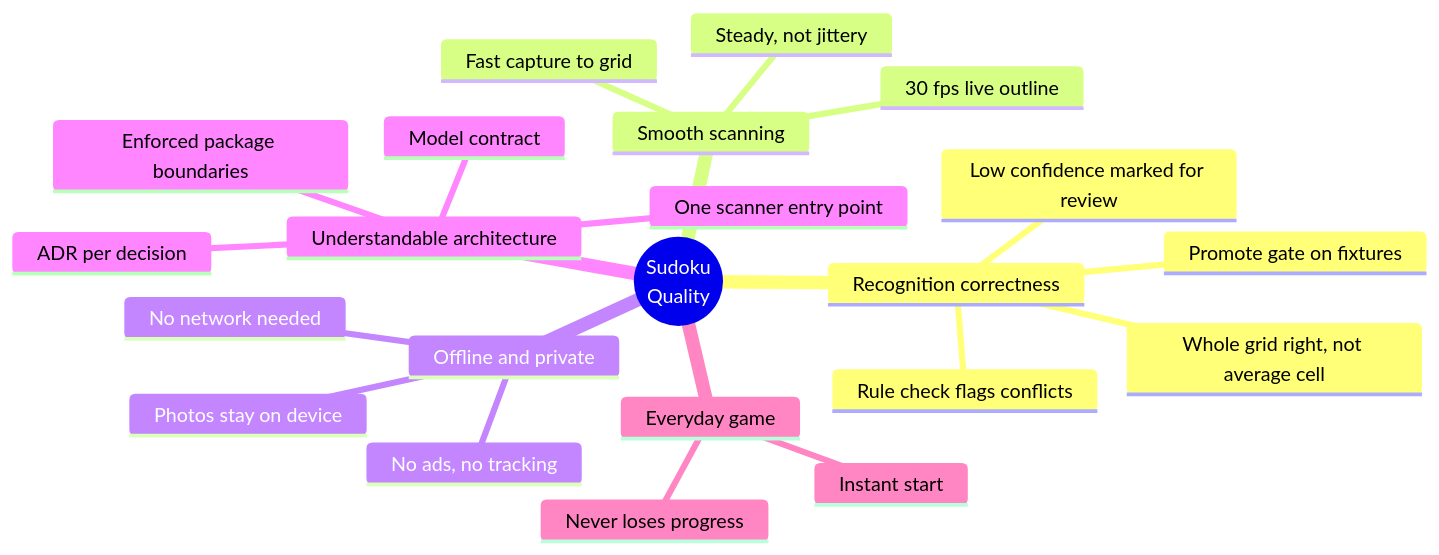
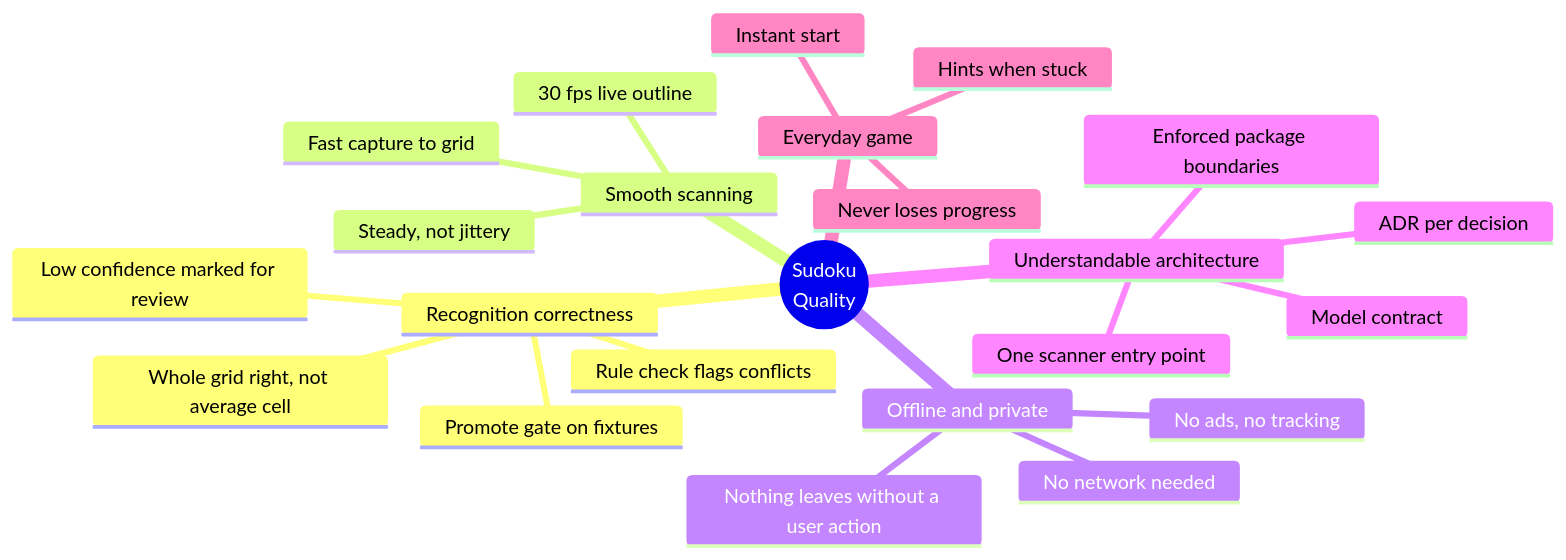
The diagram in docs/architecture/10-quality-requirements.md (vandemaelefelix/sudoku), drawn with Mermaid before and after one commit. The commit also changed other lines of this file and 24 other files, not shown here.

Commit message:
docs: apply architecture review findings, add ADR-010 to ADR-013

````diff
--- a/docs/architecture/10-quality-requirements.md
+++ b/docs/architecture/10-quality-requirements.md
@@ -9,25 +9,26 @@
 ```mermaid
 mindmap
   root((Sudoku<br>Quality))
     Recognition correctness
       Whole grid right, not average cell
       Rule check flags conflicts
       Low confidence marked for review
       Promote gate on fixtures
     Smooth scanning
       30 fps live outline
       Steady, not jittery
       Fast capture to grid
     Offline and private
       No network needed
-      Photos stay on device
+      Nothing leaves without a user action
       No ads, no tracking
     Understandable architecture
       Enforced package boundaries
       One scanner entry point
       Model contract
       ADR per decision
     Everyday game
       Instant start
       Never loses progress
+      Hints when stuck
 ```
````
